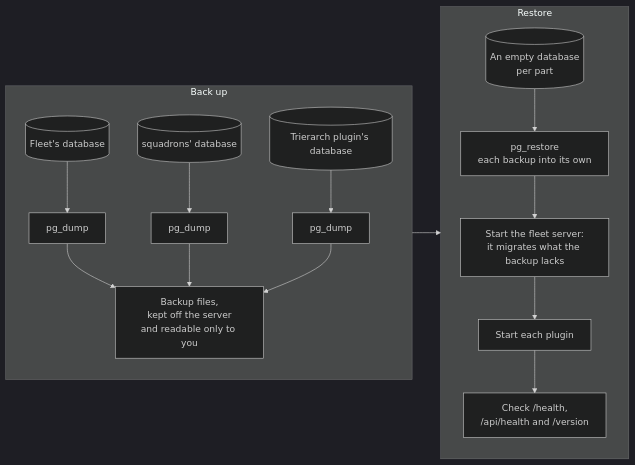
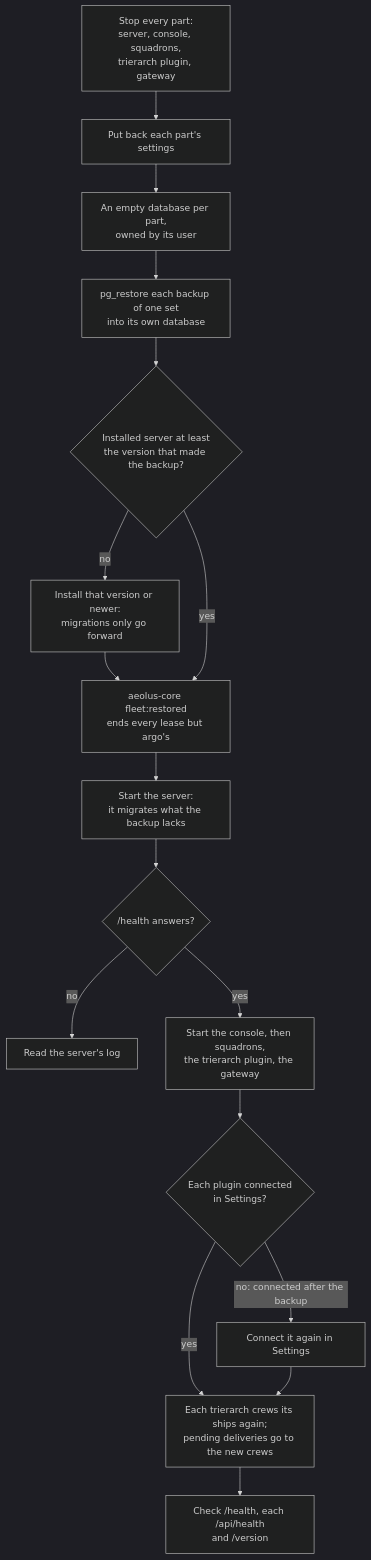
The second of 2 diagrams in docs/guide/run-the-server.md (ThomasHendrickx/aeolus-fleet), drawn with Mermaid (dark theme) before and after one commit. The commit also changed other lines of this file and 1 other file, not shown here.

First line of the commit message:
docs(guide): Run the server states the privileges, the backup schedule, the restore and the gateway

````diff
--- a/docs/guide/run-the-server.md
+++ b/docs/guide/run-the-server.md
@@ -148,20 +223,19 @@
 ```mermaid
-flowchart LR
-    subgraph backup["Back up"]
-        direction TB
-        fleetdb[("Fleet's database")] --> dump1["pg_dump"]
-        sqdb[("squadrons' database")] --> dump2["pg_dump"]
-        tpdb[("Trierarch plugin's database")] --> dump3["pg_dump"]
-        dump1 --> store["Backup files,<br/>kept off the server<br/>and readable only to you"]
-        dump2 --> store
-        dump3 --> store
-    end
-    subgraph restore["Restore"]
-        direction TB
-        empty[("An empty database<br/>per part")] --> pgr["pg_restore<br/>each backup into its own"]
-        pgr --> startcore["Start the fleet server:<br/>it migrates what the backup lacks"]
-        startcore --> startplugins["Start each plugin"]
-        startplugins --> verify["Check /health,<br/>/api/health and /version"]
-    end
-    store --> empty
+flowchart TD
+    stop["Stop every part:<br/>server, console, squadrons,<br/>trierarch plugin, gateway"] --> settings["Put back each part's settings"]
+    settings --> empty["An empty database per part,<br/>owned by its user"]
+    empty --> pgr["pg_restore each backup of one set<br/>into its own database"]
+    pgr --> version{"Installed server at least<br/>the version that made the backup?"}
+    version -->|no| newer["Install that version or newer:<br/>migrations only go forward"]
+    newer --> settle
+    version -->|yes| settle["aeolus-core fleet:restored<br/>ends every lease but argo's"]
+    settle --> startcore["Start the server:<br/>it migrates what the backup lacks"]
+    startcore --> health{"/health answers?"}
+    health -->|no| log["Read the server's log"]
+    health -->|yes| plugins["Start the console, then squadrons,<br/>the trierarch plugin, the gateway"]
+    plugins --> known{"Each plugin connected<br/>in Settings?"}
+    known -->|"no: connected after the backup"| connect["Connect it again in Settings"]
+    known -->|yes| crews["Each trierarch crews its ships again;<br/>pending deliveries go to the new crews"]
+    connect --> crews
+    crews --> verify["Check /health, each /api/health<br/>and /version"]
 ```
````
